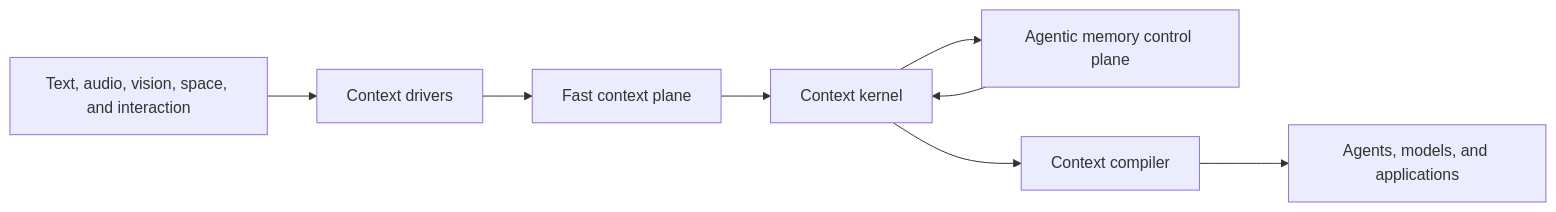
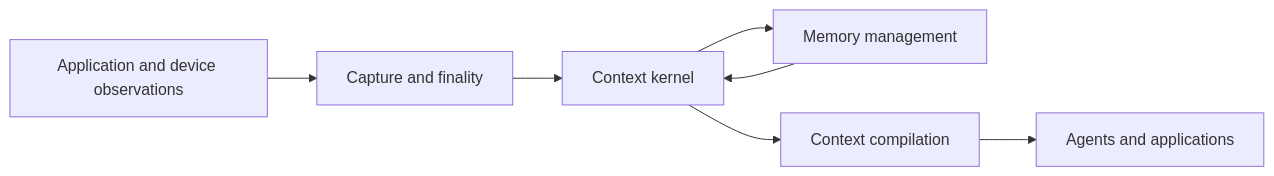
One commit to SenseMem/SenseMem changed the diagram in docs/context-os.md. Above: the diagram before and after it, drawn with Mermaid. The commit also changed other lines of this file and 58 other files, not shown here.

Commit message:
Simplify memory architecture and remove obsolete interfaces

````diff
--- a/docs/context-os.md
+++ b/docs/context-os.md
@@ -40,10 +14,9 @@
 ```mermaid
 flowchart LR
-    world["Text, audio, vision, space, and interaction"] --> drivers["Context drivers"]
-    drivers --> fast["Fast context plane"]
-    fast --> kernel["Context kernel"]
-    kernel --> slow["Agentic memory control plane"]
-    slow --> kernel
-    kernel --> compiler["Context compiler"]
-    compiler --> consumers["Agents, models, and applications"]
+    sources["Application and device observations"] --> capture["Capture and finality"]
+    capture --> kernel["Context kernel"]
+    kernel --> management["Memory management"]
+    management --> kernel
+    kernel --> compiler["Context compilation"]
+    compiler --> consumers["Agents and applications"]
 ```
````
